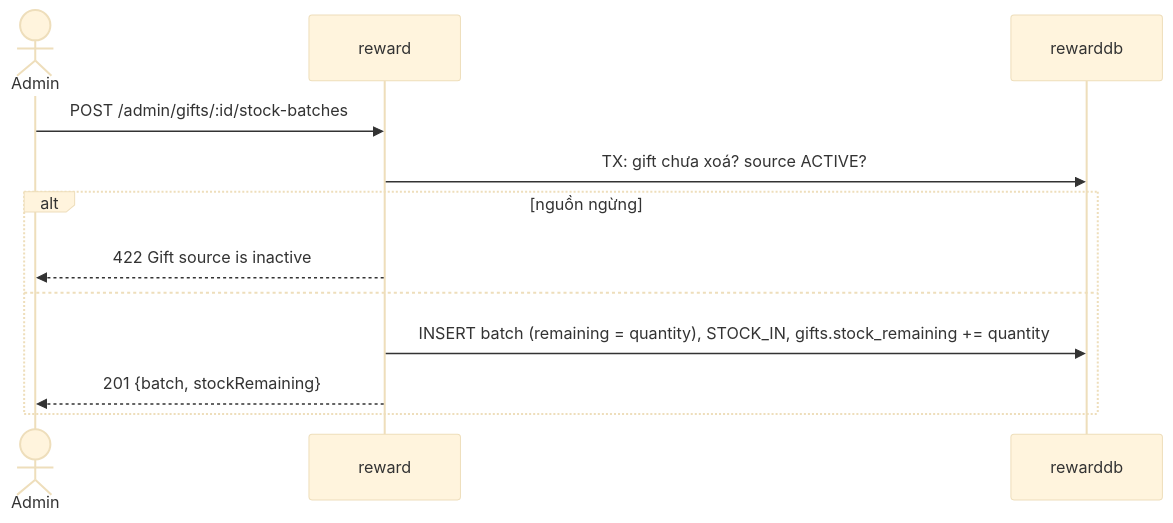
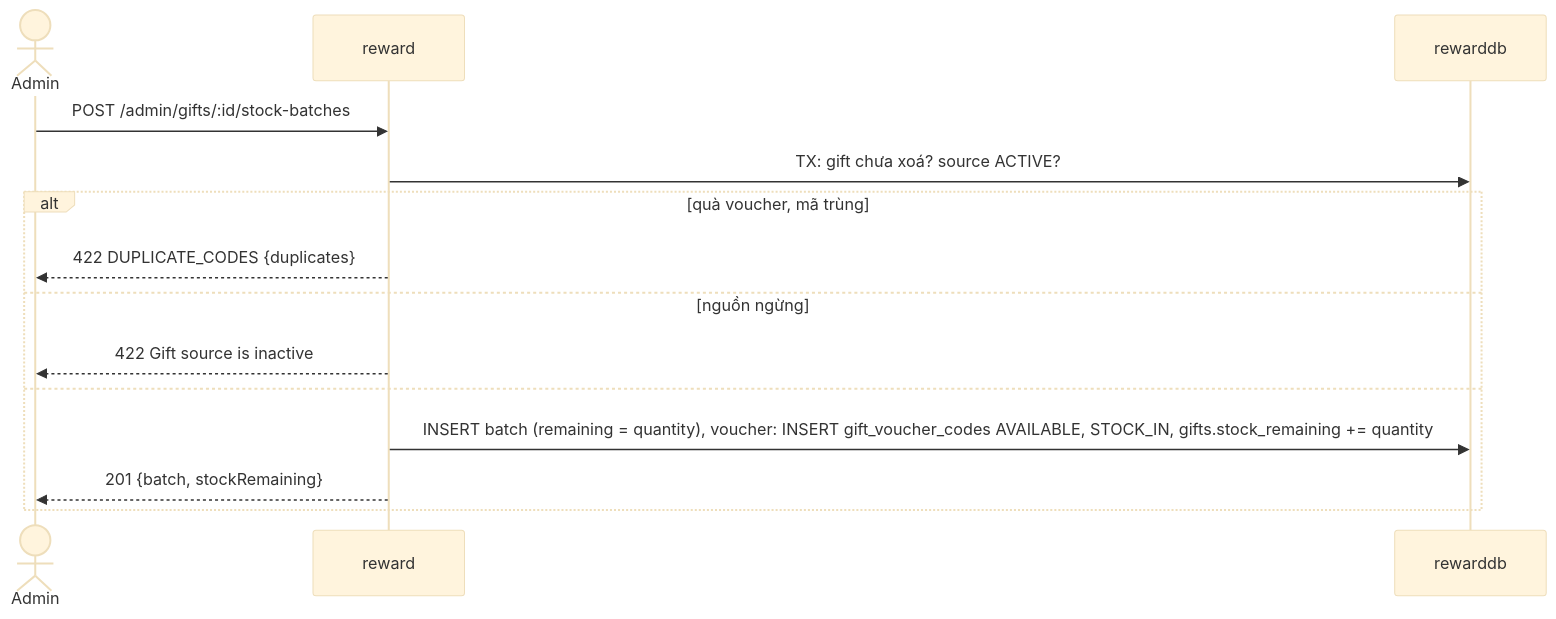
Diagram 31 of 31 in 02-business-flows.md (DOAN2-UQT-KN/ecolink-docs), drawn with Mermaid (base theme) before and after one commit. The commit also changed other lines of this file and 8 other files, not shown here.

````diff
--- a/02-business-flows.md
+++ b/02-business-flows.md
@@ -1397,14 +1405,16 @@
 ```mermaid
 sequenceDiagram
   actor A as Admin
   participant RW as reward
   participant DB as rewarddb
   A->>RW: POST /admin/gifts/:id/stock-batches
   RW->>DB: TX: gift chưa xoá? source ACTIVE?
-  alt nguồn ngừng
+  alt quà voucher, mã trùng
+    RW-->>A: 422 DUPLICATE_CODES {duplicates}
+  else nguồn ngừng
     RW-->>A: 422 Gift source is inactive
   else
-    RW->>DB: INSERT batch (remaining = quantity), STOCK_IN, gifts.stock_remaining += quantity
+    RW->>DB: INSERT batch (remaining = quantity), voucher: INSERT gift_voucher_codes AVAILABLE, STOCK_IN, gifts.stock_remaining += quantity
     RW-->>A: 201 {batch, stockRemaining}
   end
 ```
````
